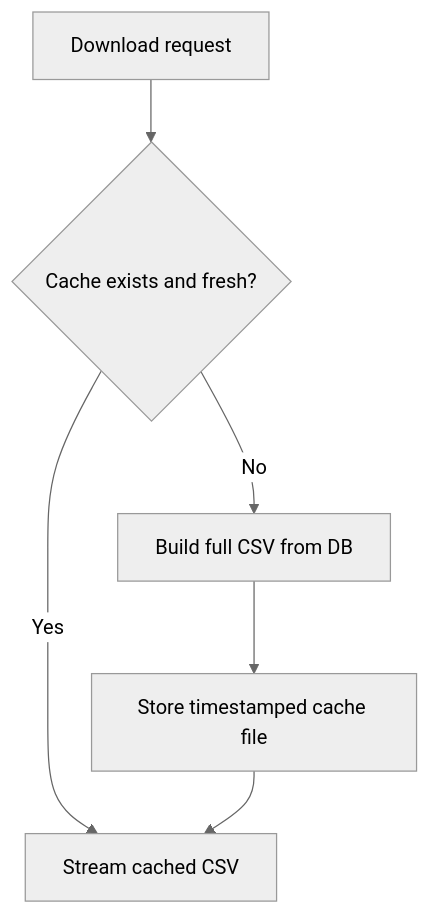
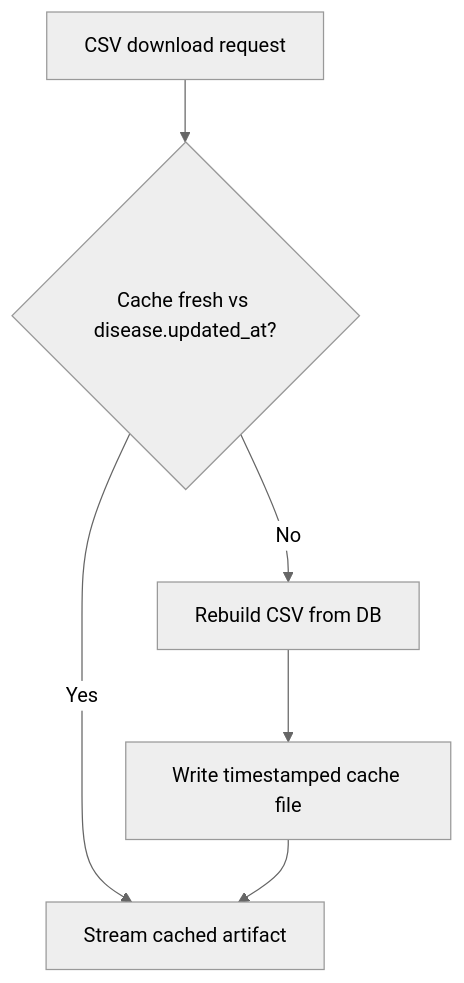
One commit to Bdp226/Disease-Pathway changed the fourth of 4 diagrams in README.md. Above: the diagram before and after it, drawn with Mermaid (neutral theme). The commit also changed other lines of this file and 1 other file, not shown here.

Commit message:
docs: upgrade README to research-grade architecture and evaluation spec

````diff
--- a/README.md
+++ b/README.md
@@ -108,8 +95,8 @@
 ```mermaid
 flowchart TD
-    DREQ[Download request] --> CHK{Cache exists and fresh?}
-    CHK -- Yes --> FILE[Stream cached CSV]
-    CHK -- No --> BUILD[Build full CSV from DB]
-    BUILD --> SAVE[Store timestamped cache file]
+    DREQ[CSV download request] --> CHK{Cache fresh vs disease.updated_at?}
+    CHK -- Yes --> FILE[Stream cached artifact]
+    CHK -- No --> BUILD[Rebuild CSV from DB]
+    BUILD --> SAVE[Write timestamped cache file]
     SAVE --> FILE
 ```
````
